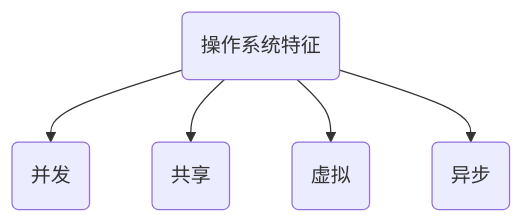
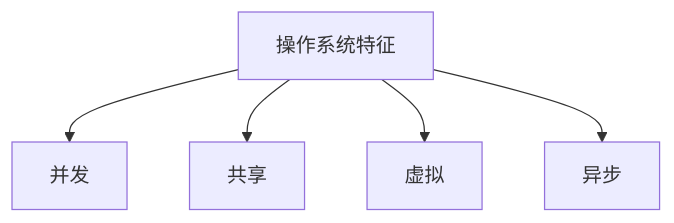
Before and after one commit to limou3434/work-limou-blog: the diagram in docs/notes/1.编码修养/3.系统网络/001_ljp_2024_06_08_先导课程.md, drawn with Mermaid. The commit also changed other lines of this file and 14 other files, not shown here.

Commit message:
增加许多拓展语法，并且消除 mermaid 的 bug

````diff
--- a/docs/notes/1.编码修养/3.系统网络/001_ljp_2024_06_08_先导课程.md
+++ b/docs/notes/1.编码修养/3.系统网络/001_ljp_2024_06_08_先导课程.md
@@ -19,4 +21,4 @@
 ```mermaid
 graph TD
-A("操作系统特征") --> B("并发") & C("共享") & D("虚拟") & E("异步")
+A["操作系统特征"] --> B["并发"] & C["共享"] & D["虚拟"] & E["异步"]
 ```
````
